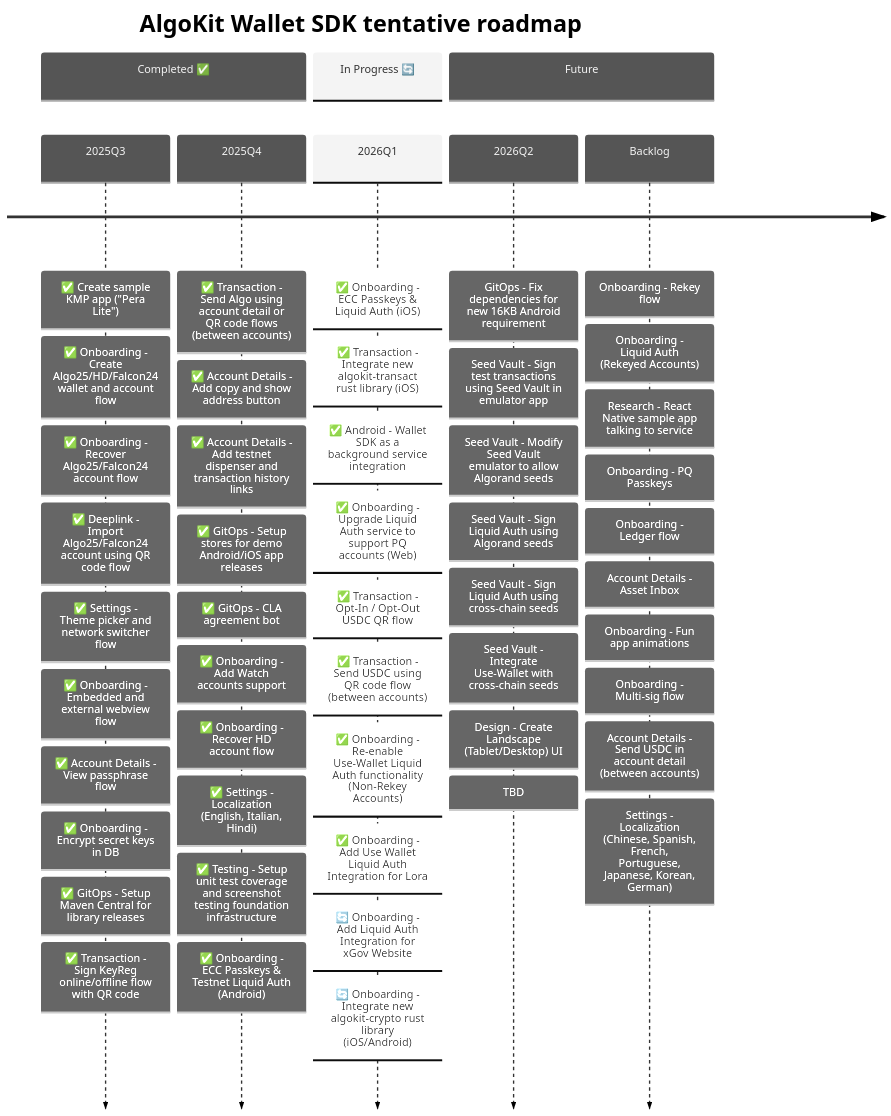
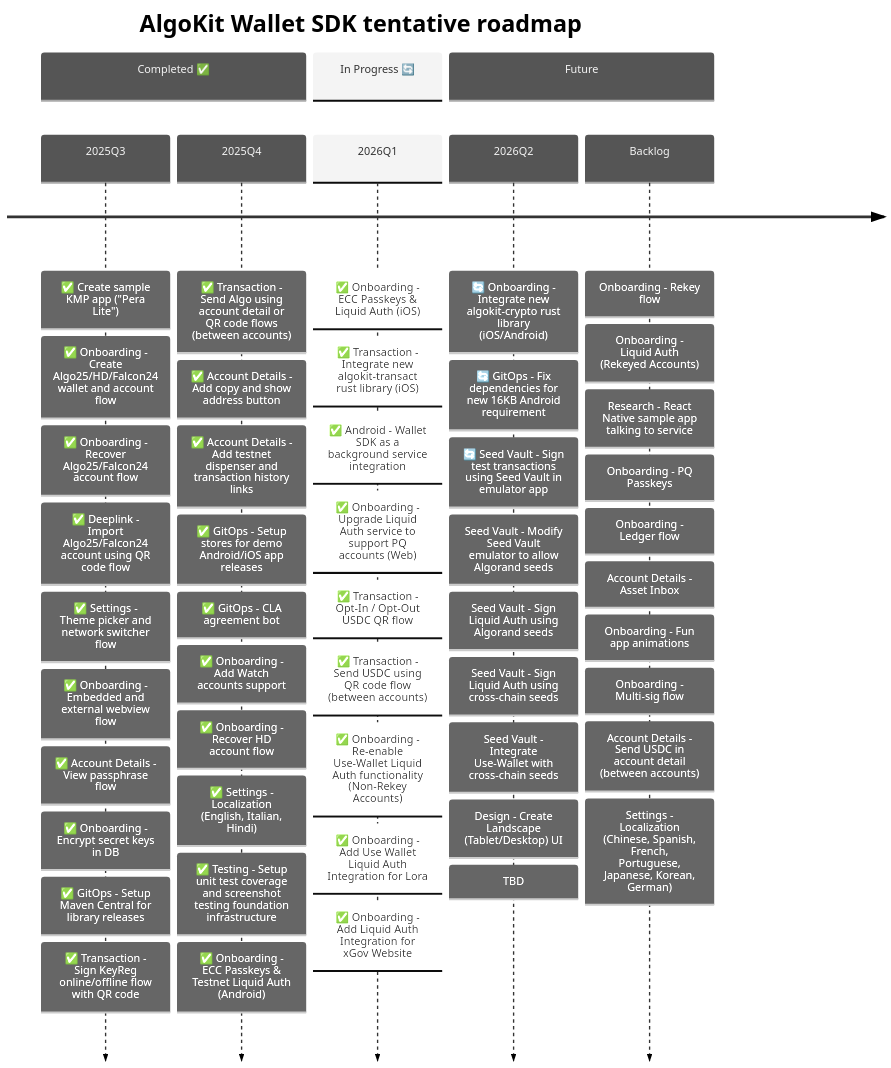
One commit to michaeltchuangllc/algokit-walletsdk-kmp changed the second of 3 diagrams in README.md. Above: the diagram before and after it, drawn with Mermaid.

Commit message:
docs: update roadmap

````diff
--- a/README.md
+++ b/README.md
@@ -69,64 +69,64 @@
 ```mermaid
 ---
 config:
   theme: 'neutral'
 ---
 timeline
     title AlgoKit Wallet SDK tentative roadmap
 
     section Completed ✅
     2025Q3  : ✅ Create sample KMP app ("Pera Lite")
             : ✅ Onboarding - Create Algo25/HD/Falcon24 wallet and account flow
             : ✅ Onboarding - Recover Algo25/Falcon24 account flow
             : ✅ Deeplink - Import Algo25/Falcon24 account using QR code flow
             : ✅ Settings - Theme picker and network switcher flow
             : ✅ Onboarding - Embedded and external webview flow
             : ✅ Account Details - View passphrase flow
             : ✅ Onboarding - Encrypt secret keys in DB
             : ✅ GitOps - Setup Maven Central for library releases
             : ✅ Transaction - Sign KeyReg online/offline flow with QR code
 
     2025Q4  : ✅ Transaction - Send Algo using account detail or QR code flows (between accounts)
             : ✅ Account Details - Add copy and show address button
             : ✅ Account Details - Add testnet dispenser and transaction history links
             : ✅ GitOps - Setup stores for demo Android/iOS app releases
             : ✅ GitOps - CLA agreement bot
             : ✅ Onboarding - Add Watch accounts support
             : ✅ Onboarding - Recover HD account flow
             : ✅ Settings - Localization (English, Italian, Hindi)
             : ✅ Testing - Setup unit test coverage and screenshot testing foundation infrastructure
             : ✅ Onboarding - ECC Passkeys & Testnet Liquid Auth (Android)
 
     section In Progress 🔄
     2026Q1  : ✅ Onboarding - ECC Passkeys & Liquid Auth (iOS)
             : ✅ Transaction - Integrate new algokit-transact rust library (iOS)
             : ✅ Android - Wallet SDK as a background service integration
             : ✅ Onboarding - Upgrade Liquid Auth service to support PQ accounts (Web)
             : ✅ Transaction - Opt-In / Opt-Out USDC QR flow
             : ✅ Transaction - Send USDC using QR code flow (between accounts)
             : ✅ Onboarding - Re-enable Use-Wallet Liquid Auth functionality (Non-Rekey Accounts)
             : ✅ Onboarding - Add Use Wallet Liquid Auth Integration for Lora
-            : 🔄 Onboarding - Add Liquid Auth Integration for xGov Website
-            : 🔄 Onboarding - Integrate new algokit-crypto rust library (iOS/Android)
+            : ✅ Onboarding - Add Liquid Auth Integration for xGov Website
 
     section Future
-    2026Q2  : GitOps - Fix dependencies for new 16KB Android requirement
-            : Seed Vault - Sign test transactions using Seed Vault in emulator app
+    2026Q2  : 🔄 Onboarding - Integrate new algokit-crypto rust library (iOS/Android)
+            : 🔄 GitOps - Fix dependencies for new 16KB Android requirement
+            : 🔄 Seed Vault - Sign test transactions using Seed Vault in emulator app
             : Seed Vault - Modify Seed Vault emulator to allow Algorand seeds
             : Seed Vault - Sign Liquid Auth using Algorand seeds
             : Seed Vault - Sign Liquid Auth using cross-chain seeds
             : Seed Vault - Integrate Use-Wallet with cross-chain seeds
             : Design - Create Landscape (Tablet/Desktop) UI
             : TBD
     Backlog
             : Onboarding - Rekey flow
             : Onboarding - Liquid Auth (Rekeyed Accounts)
             : Research - React Native sample app talking to service
             : Onboarding - PQ Passkeys
             : Onboarding - Ledger flow
             : Account Details - Asset Inbox
             : Onboarding - Fun app animations
             : Onboarding - Multi-sig flow
             : Account Details - Send USDC in account detail (between accounts)
             : Settings - Localization (Chinese, Spanish, French, Portuguese, Japanese, Korean, German)
 ```
````
